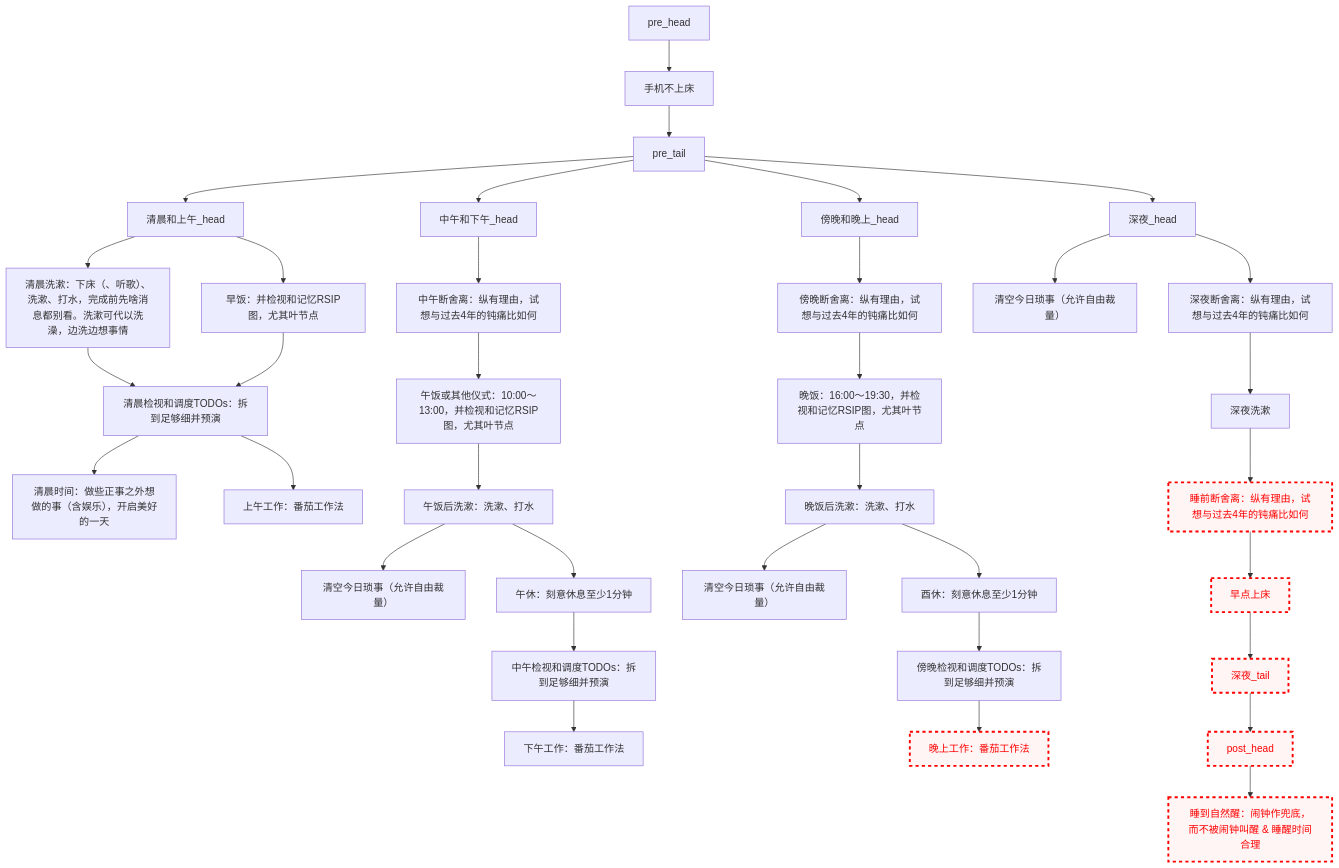
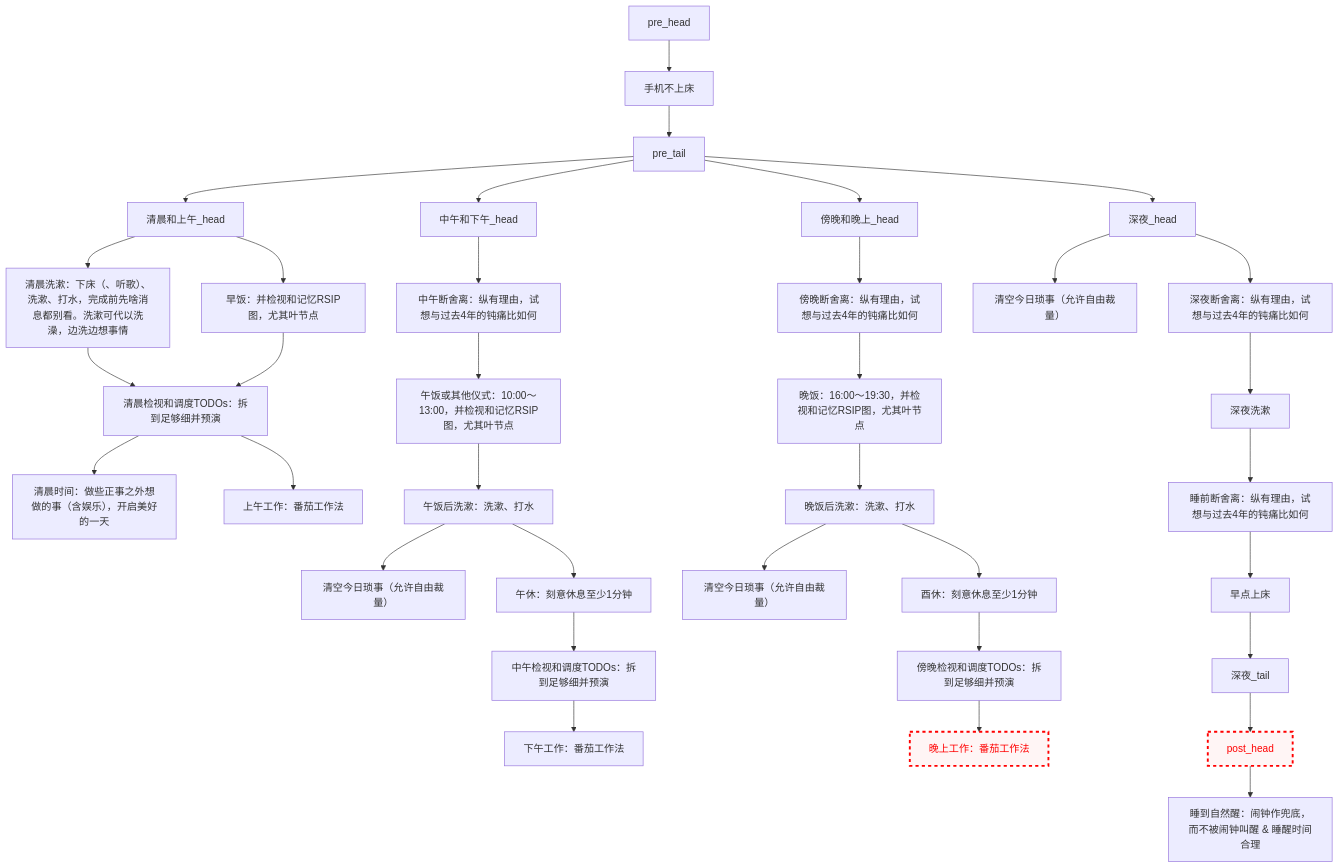
The diagram in README.md (Ethkuil/RSIP-tree), drawn with Mermaid before and after one commit.

Commit message:
enable 深夜断舍离 to 睡到自然醒

````diff
--- a/README.md
+++ b/README.md
@@ -21,53 +21,49 @@
 ```mermaid
 graph TD
 
 classDef failed stroke:#ff0000, stroke-width:3px, color:#ff0000, fill:#fff5f5, stroke-dasharray: 5
 
 pre_head --> 手机不上床
 手机不上床 --> pre_tail
 
 
 pre_tail --> 清晨和上午_head
 清晨和上午_head --> 清晨洗漱[清晨洗漱：下床（、听歌）、洗漱、打水，完成前先啥消息都别看。洗漱可代以洗澡，边洗边想事情]
 清晨和上午_head --> 早饭[早饭：并检视和记忆RSIP图，尤其叶节点]
 清晨洗漱 --> 清晨看TODO[清晨检视和调度TODOs：拆到足够细并预演]
 早饭 --> 清晨看TODO
 清晨看TODO --> 清晨时间[清晨时间：做些正事之外想做的事（含娱乐），开启美好的一天]
 清晨看TODO --> 上午工作[上午工作：番茄工作法]
 
 pre_tail --> 中午和下午_head
 中午和下午_head --> 中午断舍离[中午断舍离：纵有理由，试想与过去4年的钝痛比如何]
 中午断舍离 --> 午饭[午饭或其他仪式：10:00～13:00，并检视和记忆RSIP图，尤其叶节点]
 午饭 --> 午饭后洗漱[午饭后洗漱：洗漱、打水]
 午饭后洗漱 --> 中午今日琐事[清空今日琐事（允许自由裁量）]
 午饭后洗漱 --> 午休[午休：刻意休息至少1分钟]
 午休 --> 中午看TODO[中午检视和调度TODOs：拆到足够细并预演]
 中午看TODO --> 下午工作[下午工作：番茄工作法]
 
 pre_tail --> 傍晚和晚上_head
 傍晚和晚上_head --> 傍晚断舍离[傍晚断舍离：纵有理由，试想与过去4年的钝痛比如何]
 傍晚断舍离 --> 晚饭[晚饭：16:00～19:30，并检视和记忆RSIP图，尤其叶节点]
 晚饭 --> 晚饭后洗漱[晚饭后洗漱：洗漱、打水]
 晚饭后洗漱 --> 傍晚今日琐事[清空今日琐事（允许自由裁量）]
 晚饭后洗漱 --> 酉休[酉休：刻意休息至少1分钟]
 酉休 --> 傍晚看TODO[傍晚检视和调度TODOs：拆到足够细并预演]
 傍晚看TODO --> 晚上工作[晚上工作：番茄工作法]
 class 晚上工作 failed
 
 pre_tail --> 深夜_head
 深夜_head --> 深夜今日琐事[清空今日琐事（允许自由裁量）]
 深夜_head --> 深夜断舍离[深夜断舍离：纵有理由，试想与过去4年的钝痛比如何]
 深夜断舍离 --> 深夜洗漱
 深夜洗漱 --> 睡前断舍离[睡前断舍离：纵有理由，试想与过去4年的钝痛比如何]
-class 睡前断舍离 failed
 睡前断舍离 --> 早点上床
-class 早点上床 failed
 早点上床 --> 深夜_tail
-class 深夜_tail failed
 
 
 深夜_tail --> post_head
 class post_head failed
 post_head --> 睡到自然醒[睡到自然醒：闹钟作兜底，而不被闹钟叫醒 & 睡醒时间合理]
-class 睡到自然醒 failed
 ```
````
